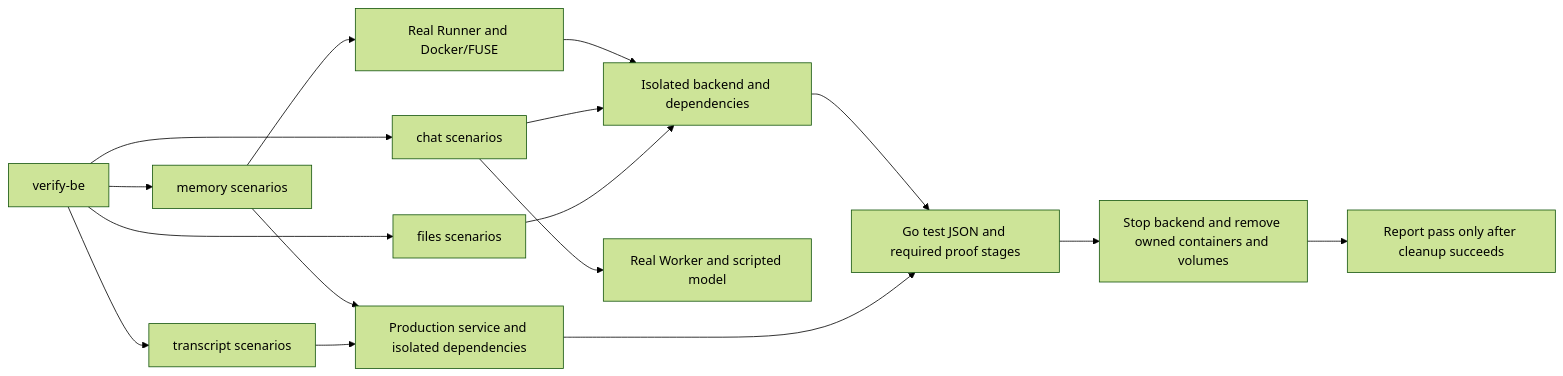
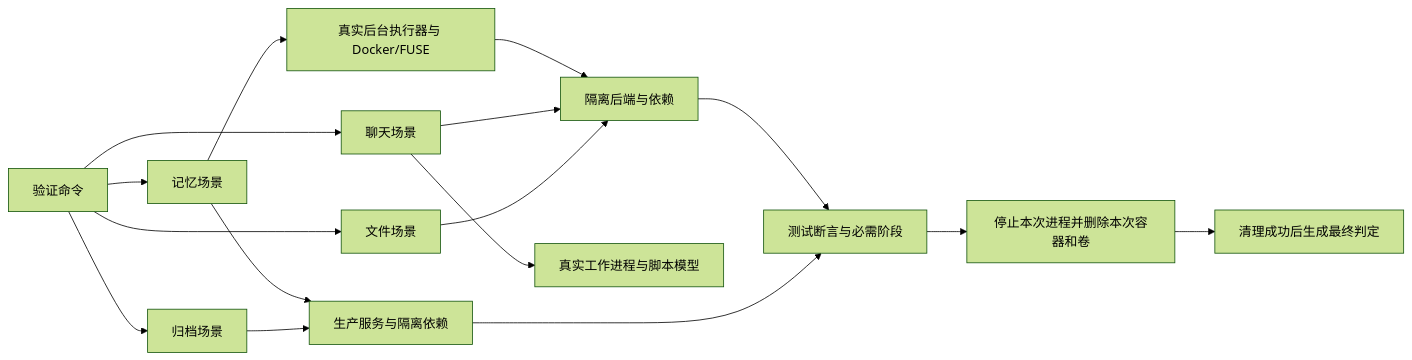
Before and after one commit to superduck-ai/open-managed-agents: the diagram in docs/design/be/backend-verification.md, drawn with Mermaid (forest theme). The commit also changed other lines of this file and 5 other files, not shown here.

````diff
--- a/docs/design/be/backend-verification.md
+++ b/docs/design/be/backend-verification.md
@@ -25,18 +49,18 @@
 ```mermaid
 flowchart LR
-    CLI[verify-be] --> Chat[chat scenarios]
-    CLI --> Files[files scenarios]
-    CLI --> Memory[memory scenarios]
-    Memory --> Integration
-    Memory --> Mounts[Real Runner and Docker/FUSE]
-    Mounts --> Runtime
-    CLI --> Transcript[transcript scenarios]
-    Transcript --> Integration[Production service and isolated dependencies]
-    Chat --> Runtime[Isolated backend and dependencies]
+    CLI[验证命令] --> Chat[聊天场景]
+    CLI --> Files[文件场景]
+    CLI --> Memory[记忆场景]
+    Memory --> Integration[生产服务与隔离依赖]
+    Memory --> Mounts[真实后台执行器与 Docker/FUSE]
+    Mounts --> Runtime[隔离后端与依赖]
+    CLI --> Transcript[归档场景]
+    Transcript --> Integration
+    Chat --> Runtime
     Files --> Runtime
-    Chat --> Worker[Real Worker and scripted model]
-    Runtime --> Evidence[Go test JSON and required proof stages]
+    Chat --> Worker[真实工作进程与脚本模型]
+    Runtime --> Evidence[测试断言与必需阶段]
     Integration --> Evidence
-    Evidence --> Cleanup[Stop backend and remove owned containers and volumes]
-    Cleanup --> Verdict[Report pass only after cleanup succeeds]
+    Evidence --> Cleanup[停止本次进程并删除本次容器和卷]
+    Cleanup --> Verdict[清理成功后生成最终判定]
 ```
````
